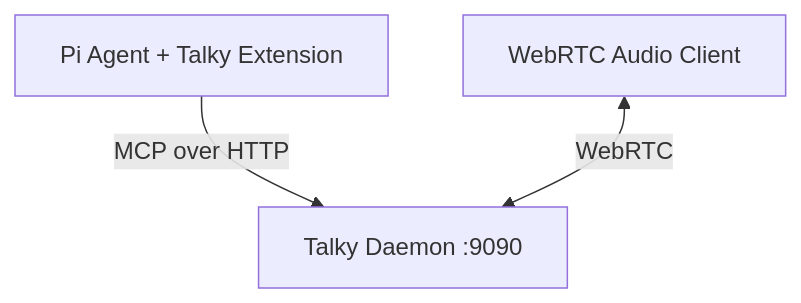
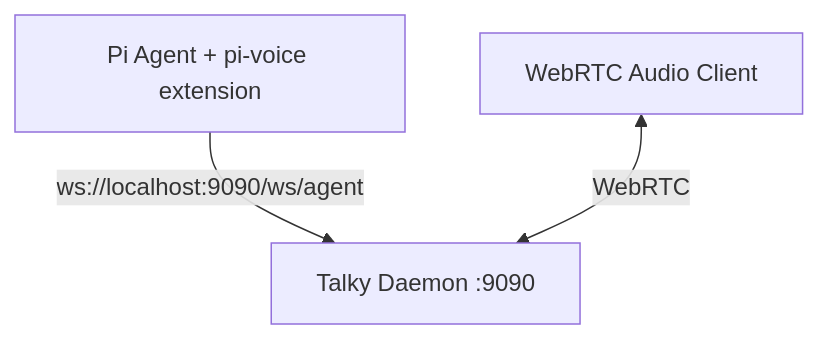
The diagram in docs/integrations/pi.md (WinstonFassett/talky), drawn with Mermaid before and after one commit. The commit also changed other lines of this file and 3 other files, not shown here.

````diff
--- a/docs/integrations/pi.md
+++ b/docs/integrations/pi.md
@@ -11,5 +9,5 @@
 ```mermaid
 graph TB
-    Pi[Pi Agent + Talky Extension] -->|MCP over HTTP| Daemon[Talky Daemon :9090]
+    Pi[Pi Agent + pi-voice extension] -->|ws://localhost:9090/ws/agent| Daemon[Talky Daemon :9090]
     Browser[WebRTC Audio Client] <-->|WebRTC| Daemon
 ```
````
